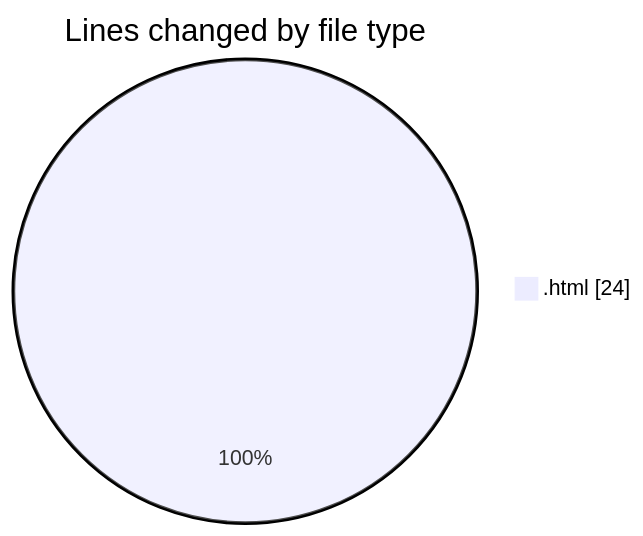
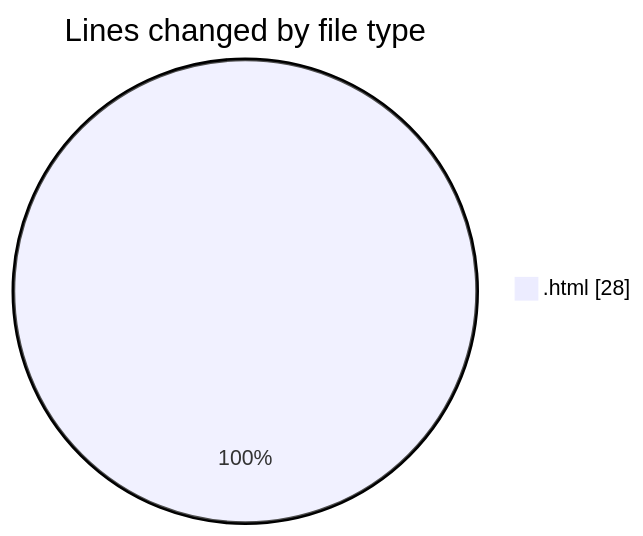
The first of 2 diagrams in 2025-10-24/javacript/README.md (nxtqubesakshisongat/code-tracking), drawn with Mermaid before and after one commit. The commit also changed other lines of this file and 1 other file, not shown here.

````diff
--- a/2025-10-24/javacript/README.md
+++ b/2025-10-24/javacript/README.md
@@ -20,5 +20,5 @@
 ```mermaid
 pie showData
 title Lines changed by file type
-".html" : 24
+".html" : 28
 ```
````
